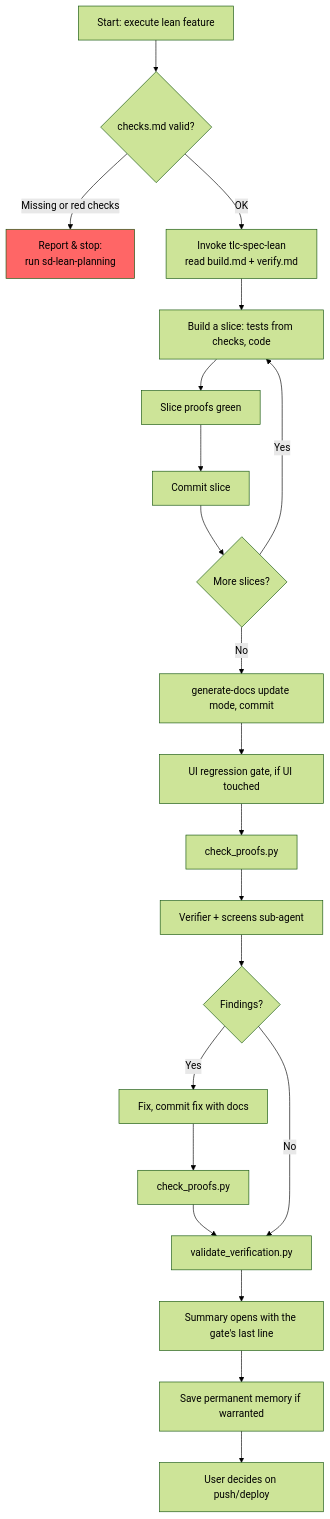
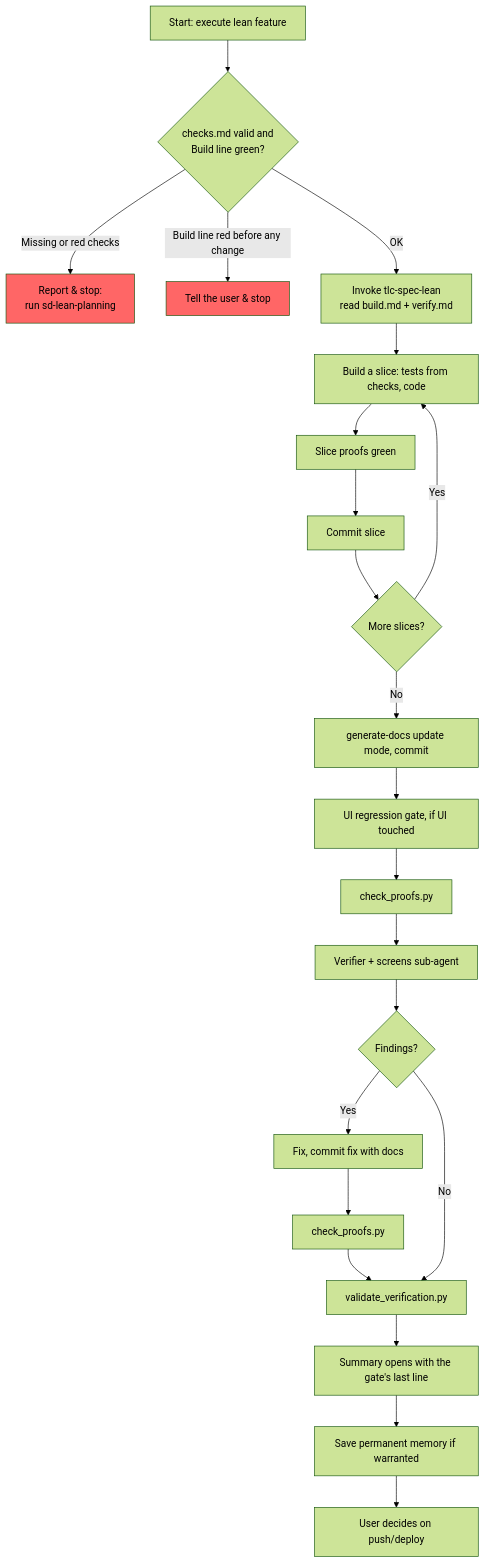
One commit to Ronnasayd/aipp changed the diagram in skills/sd-lean-execute/references/diagram.md. Above: the diagram before and after it, drawn with Mermaid (forest theme). The commit also changed 12 other files, not shown here.

````diff
--- a/skills/sd-lean-execute/references/diagram.md
+++ b/skills/sd-lean-execute/references/diagram.md
@@ -3,25 +3,27 @@
 ```mermaid
 flowchart TD
-    A[Start: execute lean feature] --> B{checks.md valid?}
+    A[Start: execute lean feature] --> B{checks.md valid and<br/>Build line green?}
     B -->|Missing or red checks| Z1[Report & stop:<br/>run sd-lean-planning]
+    B -->|Build line red before any change| Z2[Tell the user & stop]
     B -->|OK| C[Invoke tlc-spec-lean<br/>read build.md + verify.md]
     C --> D[Build a slice: tests from checks, code]
     D --> E[Slice proofs green]
     E --> G[Commit slice]
     G --> H{More slices?}
     H -->|Yes| D
     H -->|No| I[generate-docs update mode, commit]
     I --> J[UI regression gate, if UI touched]
     J --> K[check_proofs.py]
     K --> L[Verifier + screens sub-agent]
     L --> M{Findings?}
     M -->|Yes| O[Fix, commit fix with docs]
     O --> P[check_proofs.py]
     P --> Q
     M -->|No| Q[validate_verification.py]
     Q --> R[Summary opens with the gate's last line]
     R --> S[Save permanent memory if warranted]
     S --> T[User decides on push/deploy]
 
     style Z1 fill:#f66
+    style Z2 fill:#f66
 ```
````
